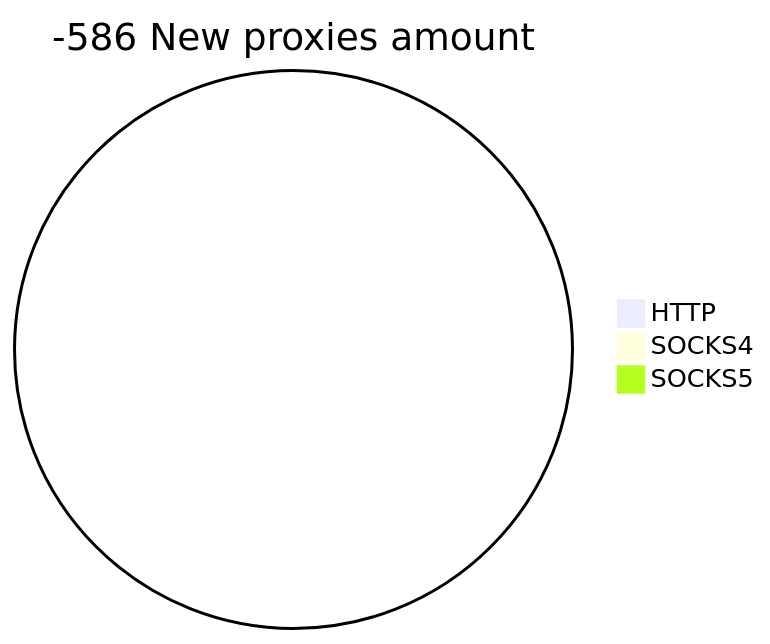
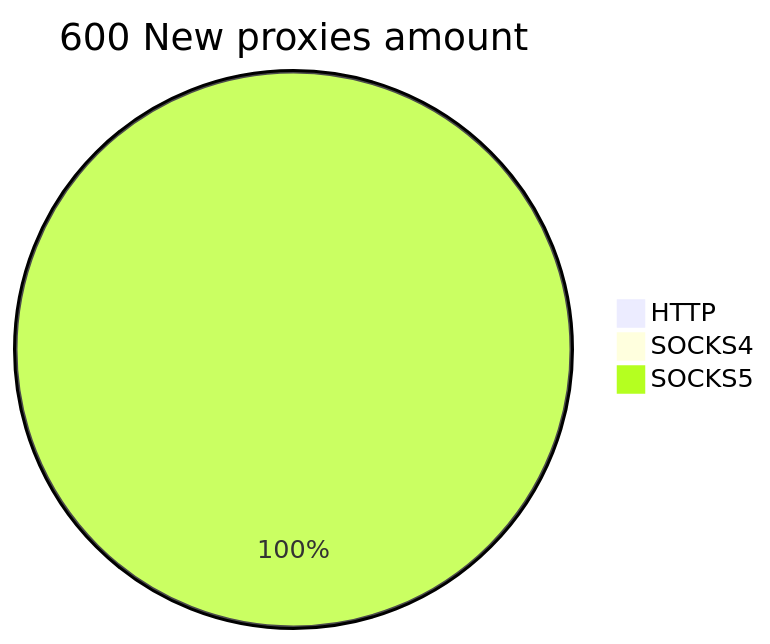
One commit to cutipu/proxylist changed the second of 2 diagrams in README.md. Above: the diagram before and after it, drawn with Mermaid. The commit also changed other lines of this file, not shown here.

````diff
--- a/README.md
+++ b/README.md
@@ -10,6 +10,6 @@
 ```mermaid
-pie title -586 New proxies amount
-    "HTTP" : 0
+pie title 600 New proxies amount
+    "HTTP" : 1
     "SOCKS4" : 0
-    "SOCKS5" : 0
+    "SOCKS5" : 599
 ```
````
